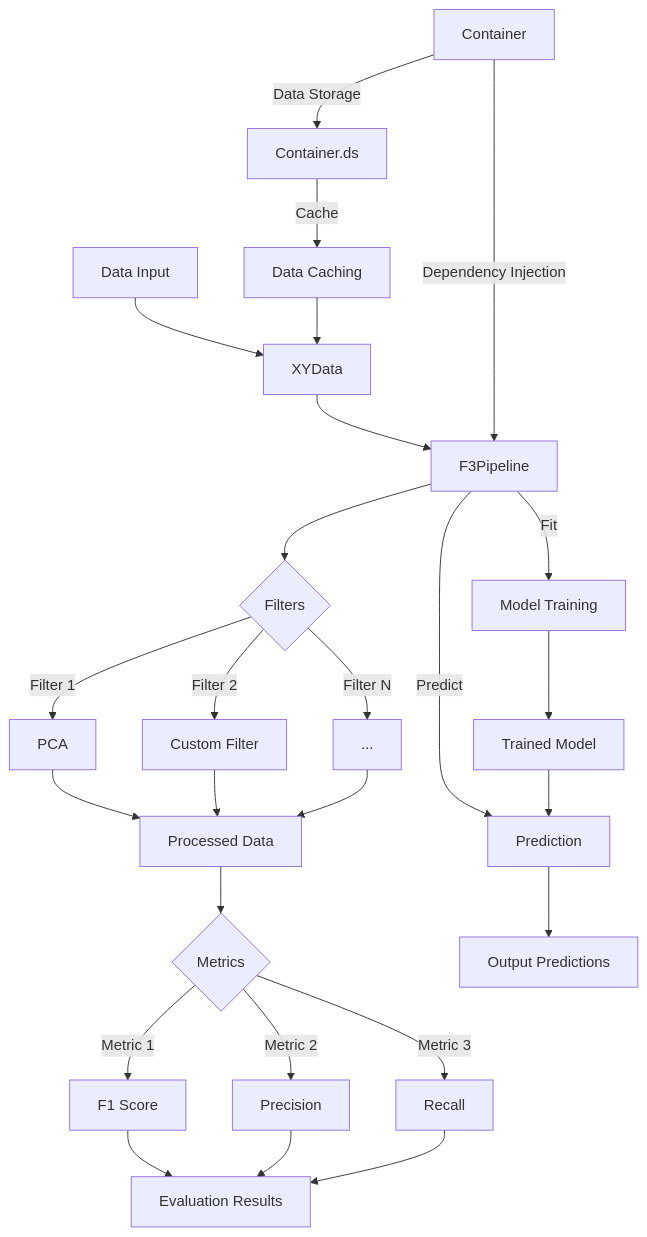
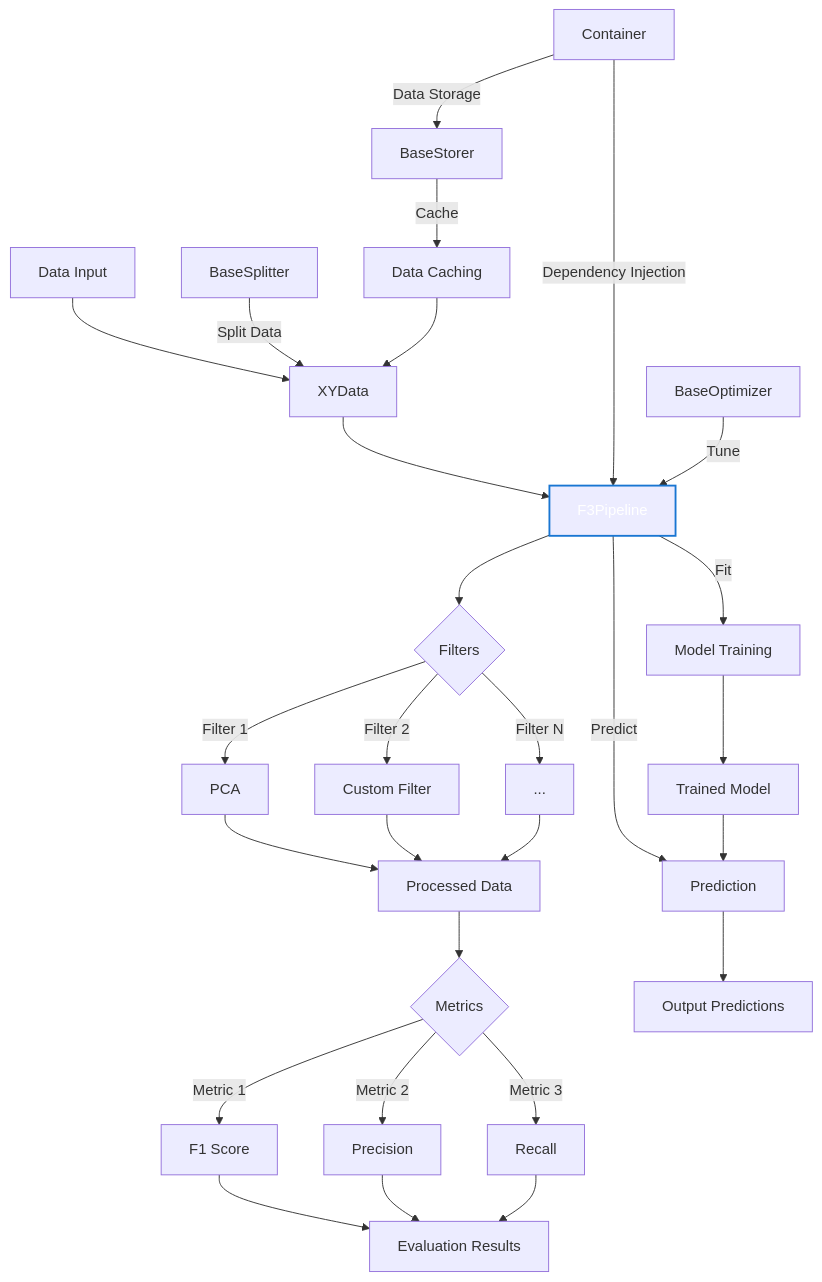
Before and after one commit to manucouto1/framework3: the diagram in docs/architecture/index.md, drawn with Mermaid. The commit also changed other lines of this file and 72 other files, not shown here.

````diff
--- a/docs/architecture/index.md
+++ b/docs/architecture/index.md
@@ -24,28 +24,29 @@
 ```mermaid
 graph TD
     A[Data Input] --> B[XYData]
+    U[BaseSplitter] --> |Split Data| B
     B --> C[F3Pipeline]
     C --> D{Filters}
     D --> |Filter 1| E[PCA]
     D --> |Filter 2| F[Custom Filter]
     D --> |Filter N| G[...]
-    E --> H[Processed Data]
-    F --> H
-    G --> H
+    E & F & G --> H[Processed Data]
     H --> I{Metrics}
     I --> |Metric 1| J[F1 Score]
     I --> |Metric 2| K[Precision]
     I --> |Metric 3| L[Recall]
-    J --> M[Evaluation Results]
-    K --> M
-    L --> M
+    J & K & L --> M[Evaluation Results]
     C --> |Fit| N[Model Training]
     C --> |Predict| O[Prediction]
     N --> P[Trained Model]
     P --> O
     O --> Q[Output Predictions]
     R[Container] --> |Dependency Injection| C
-    R --> |Data Storage| S[Container.ds]
+    R --> |Data Storage| S[BaseStorer]
     S --> |Cache| T[Data Caching]
     T --> B
+    V[BaseOptimizer] --> |Tune| C
+
+    style C stroke:#1976D2,stroke-width:2px,color:#FFFFFF
+
 ```
````
